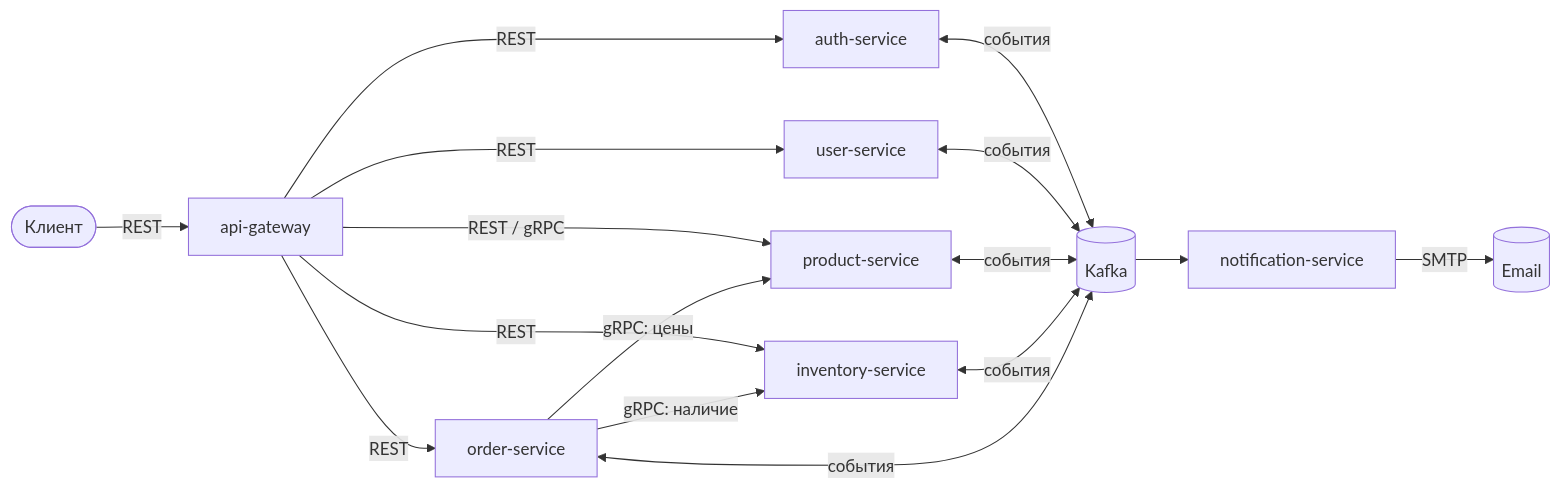
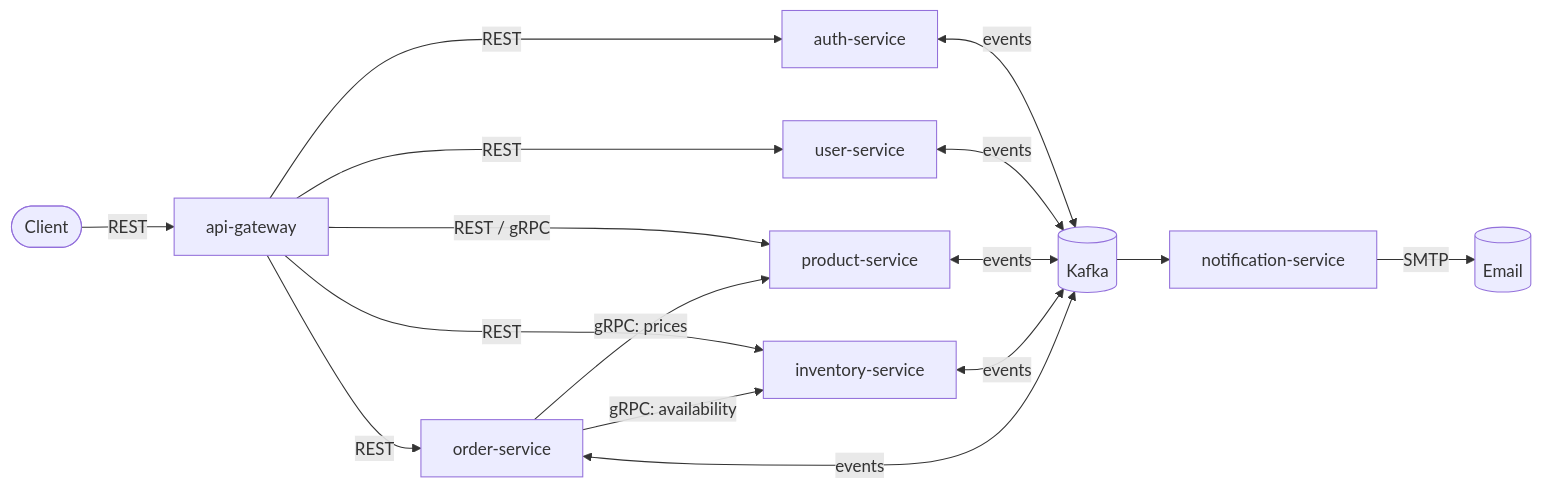
Before and after one commit to Axierrerer/event-driven-orders-platform: the first of 2 diagrams in README.md, drawn with Mermaid. The commit also changed other lines of this file and 1 other file, not shown here.

````diff
--- a/README.md
+++ b/README.md
@@ -33,17 +45,17 @@
 ```mermaid
 flowchart LR
-    client([Клиент]) -->|REST| gw[api-gateway]
+    client([Client]) -->|REST| gw[api-gateway]
 
     gw -->|REST| auth[auth-service]
     gw -->|REST| users[user-service]
     gw -->|REST / gRPC| product[product-service]
     gw -->|REST| inventory[inventory-service]
     gw -->|REST| orders[order-service]
 
-    orders -->|gRPC: наличие| inventory
-    orders -->|gRPC: цены| product
+    orders -->|gRPC: availability| inventory
+    orders -->|gRPC: prices| product
 
-    auth & users & product & inventory & orders <-->|события| kafka[(Kafka)]
+    auth & users & product & inventory & orders <-->|events| kafka[(Kafka)]
     kafka --> notify[notification-service]
     notify -->|SMTP| mail[(Email)]
 ```
````
